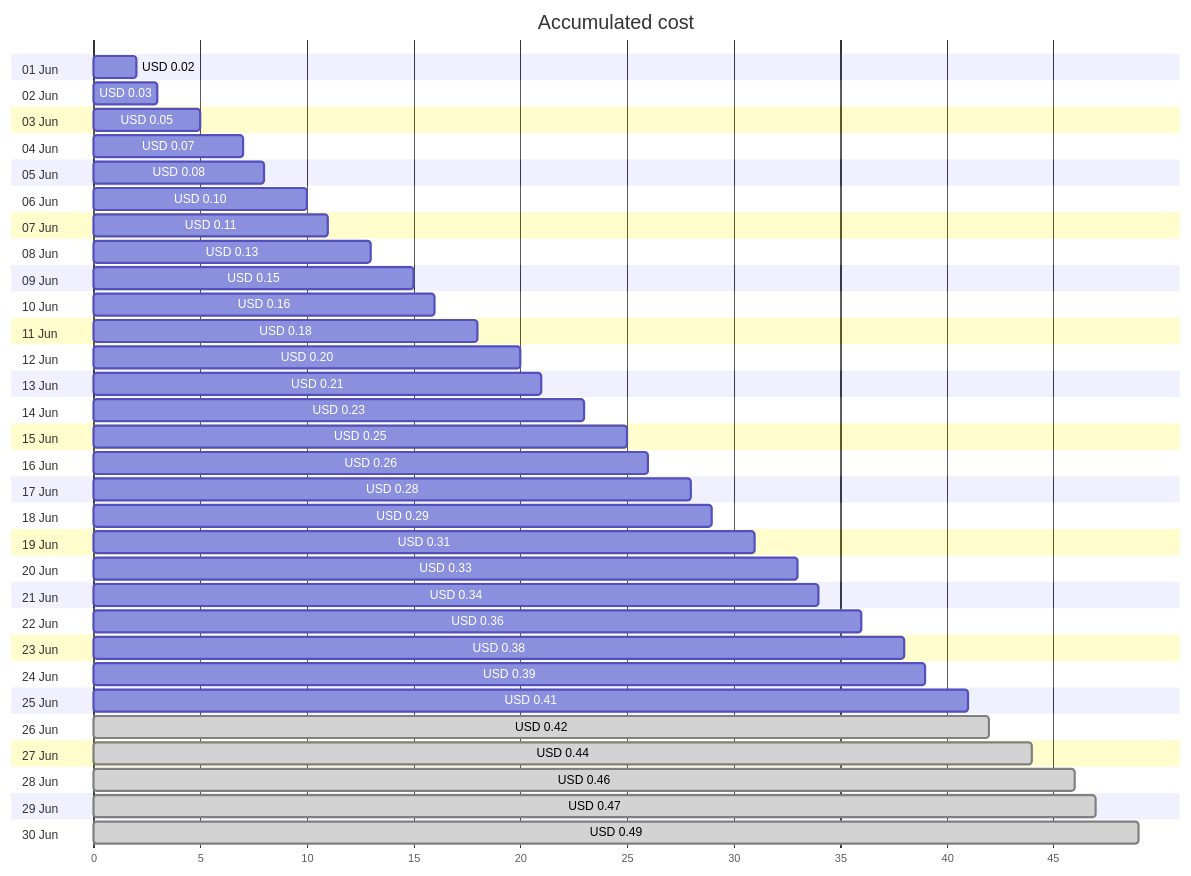
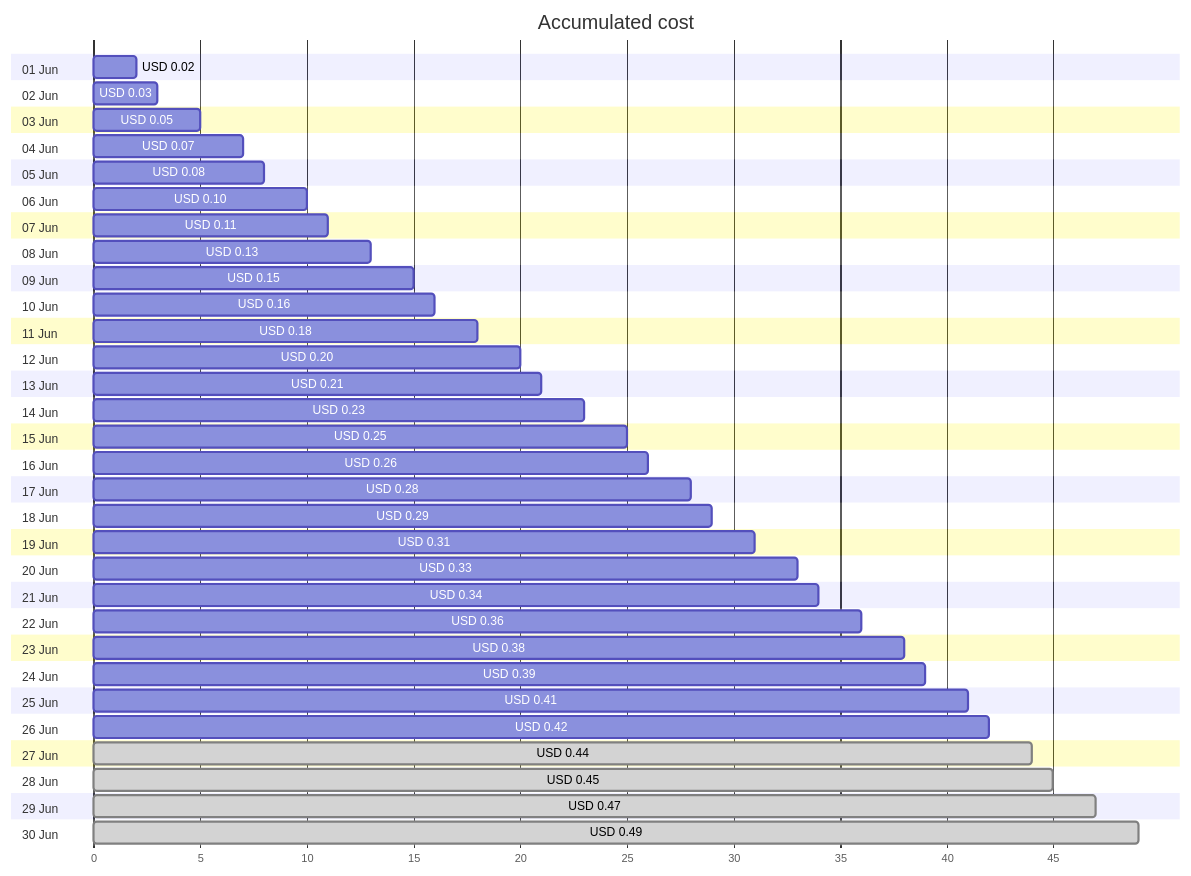
Before and after one commit to jpfulton/azure-personal-reports: the first of 4 diagrams in cost-reports/personal-dns/jpatrickfulton.com.md, drawn with Mermaid. The commit also changed other lines of this file and 2 other files, not shown here.

````diff
--- a/cost-reports/personal-dns/jpatrickfulton.com.md
+++ b/cost-reports/personal-dns/jpatrickfulton.com.md
@@ -20,66 +20,66 @@
 ```mermaid
 gantt
    title Accumulated cost
    dateFormat  X
    axisFormat %s
    section 01 Jun
    USD 0.02 :0, 2
    section 02 Jun
    USD 0.03 :0, 3
    section 03 Jun
    USD 0.05 :0, 5
    section 04 Jun
    USD 0.07 :0, 7
    section 05 Jun
    USD 0.08 :0, 8
    section 06 Jun
    USD 0.10 :0, 10
    section 07 Jun
    USD 0.11 :0, 11
    section 08 Jun
    USD 0.13 :0, 13
    section 09 Jun
    USD 0.15 :0, 15
    section 10 Jun
    USD 0.16 :0, 16
    section 11 Jun
    USD 0.18 :0, 18
    section 12 Jun
    USD 0.20 :0, 20
    section 13 Jun
    USD 0.21 :0, 21
    section 14 Jun
    USD 0.23 :0, 23
    section 15 Jun
    USD 0.25 :0, 25
    section 16 Jun
    USD 0.26 :0, 26
    section 17 Jun
    USD 0.28 :0, 28
    section 18 Jun
    USD 0.29 :0, 29
    section 19 Jun
    USD 0.31 :0, 31
    section 20 Jun
    USD 0.33 :0, 33
    section 21 Jun
    USD 0.34 :0, 34
    section 22 Jun
    USD 0.36 :0, 36
    section 23 Jun
    USD 0.38 :0, 38
    section 24 Jun
    USD 0.39 :0, 39
    section 25 Jun
    USD 0.41 :0, 41
    section 26 Jun
-   USD 0.42 : done, 0, 42
+   USD 0.42 :0, 42
    section 27 Jun
    USD 0.44 : done, 0, 44
    section 28 Jun
-   USD 0.46 : done, 0, 46
+   USD 0.45 : done, 0, 45
    section 29 Jun
    USD 0.47 : done, 0, 47
    section 30 Jun
    USD 0.49 : done, 0, 49
 ```
````
